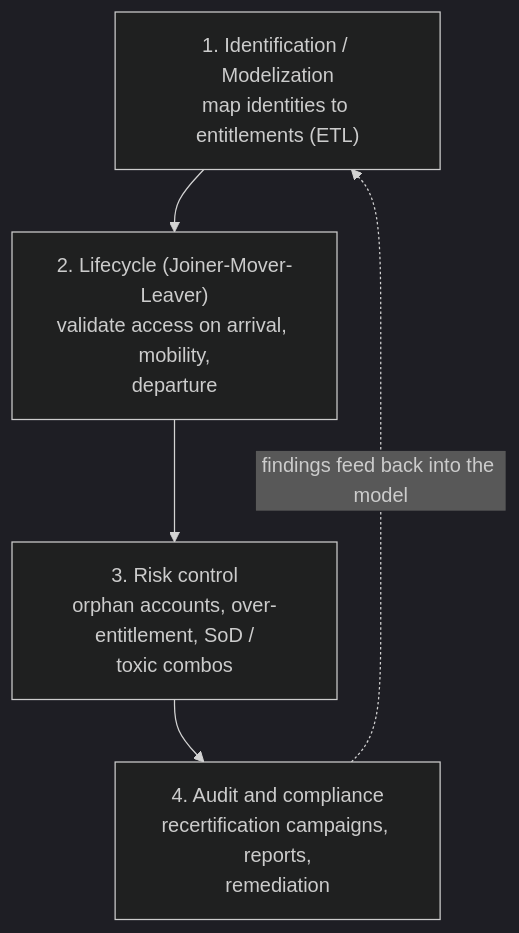
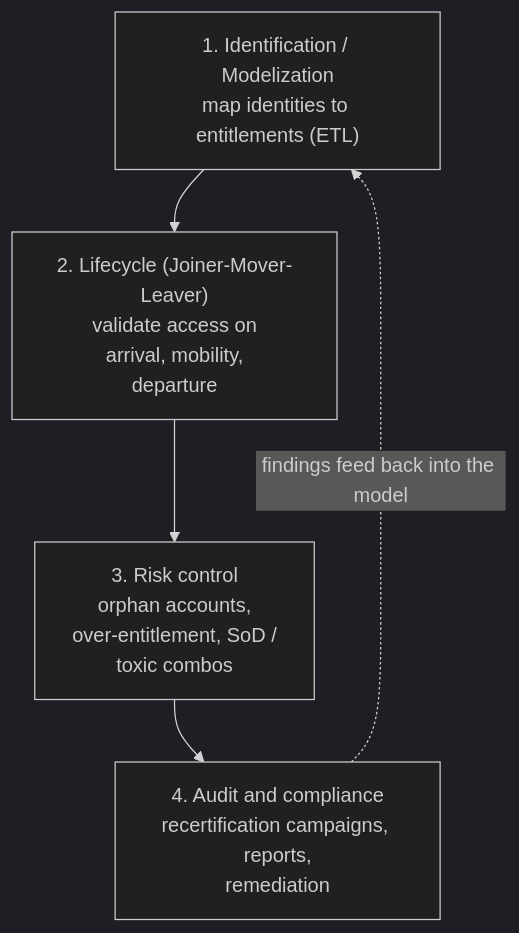
Before and after one commit to morandeirachema/WallixCerts: the first of 5 diagrams in certs/wallix/deep-dives/iag-identity-governance.md, drawn with Mermaid (dark theme). The commit also changed 35 other files, not shown here.

First line of the commit message:
Tidy Mermaid boxes: balanced wrapping at a narrower width (36)

````diff
--- a/certs/wallix/deep-dives/iag-identity-governance.md
+++ b/certs/wallix/deep-dives/iag-identity-governance.md
@@ -73,9 +73,9 @@
 ```mermaid
 flowchart TD
     P1["1. Identification / Modelization<br/>map identities to entitlements (ETL)"]
-    P2["2. Lifecycle (Joiner-Mover-Leaver)<br/>validate access on arrival, mobility,<br/>departure"]
-    P3["3. Risk control<br/>orphan accounts, over-entitlement, SoD /<br/>toxic combos"]
+    P2["2. Lifecycle (Joiner-Mover-Leaver)<br/>validate access on<br/>arrival, mobility,<br/>departure"]
+    P3["3. Risk control<br/>orphan accounts,<br/>over-entitlement, SoD /<br/>toxic combos"]
     P4["4. Audit and compliance<br/>recertification campaigns, reports,<br/>remediation"]
     P1 --> P2 --> P3 --> P4
     P4 -. "findings feed back into the model" .-> P1
 ```
````
